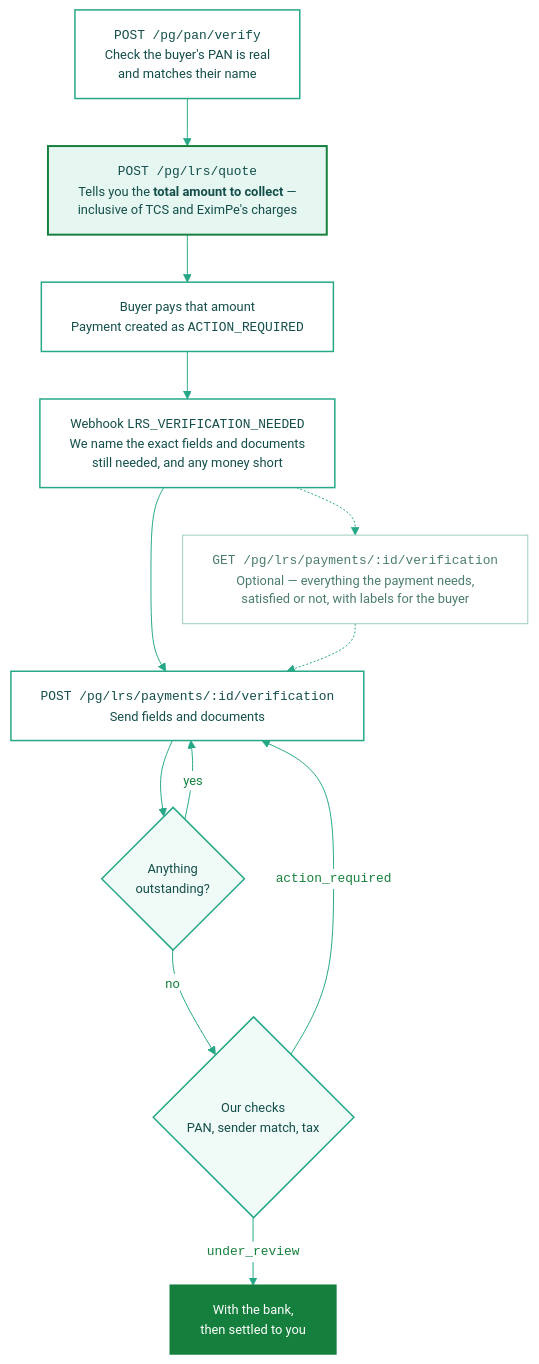
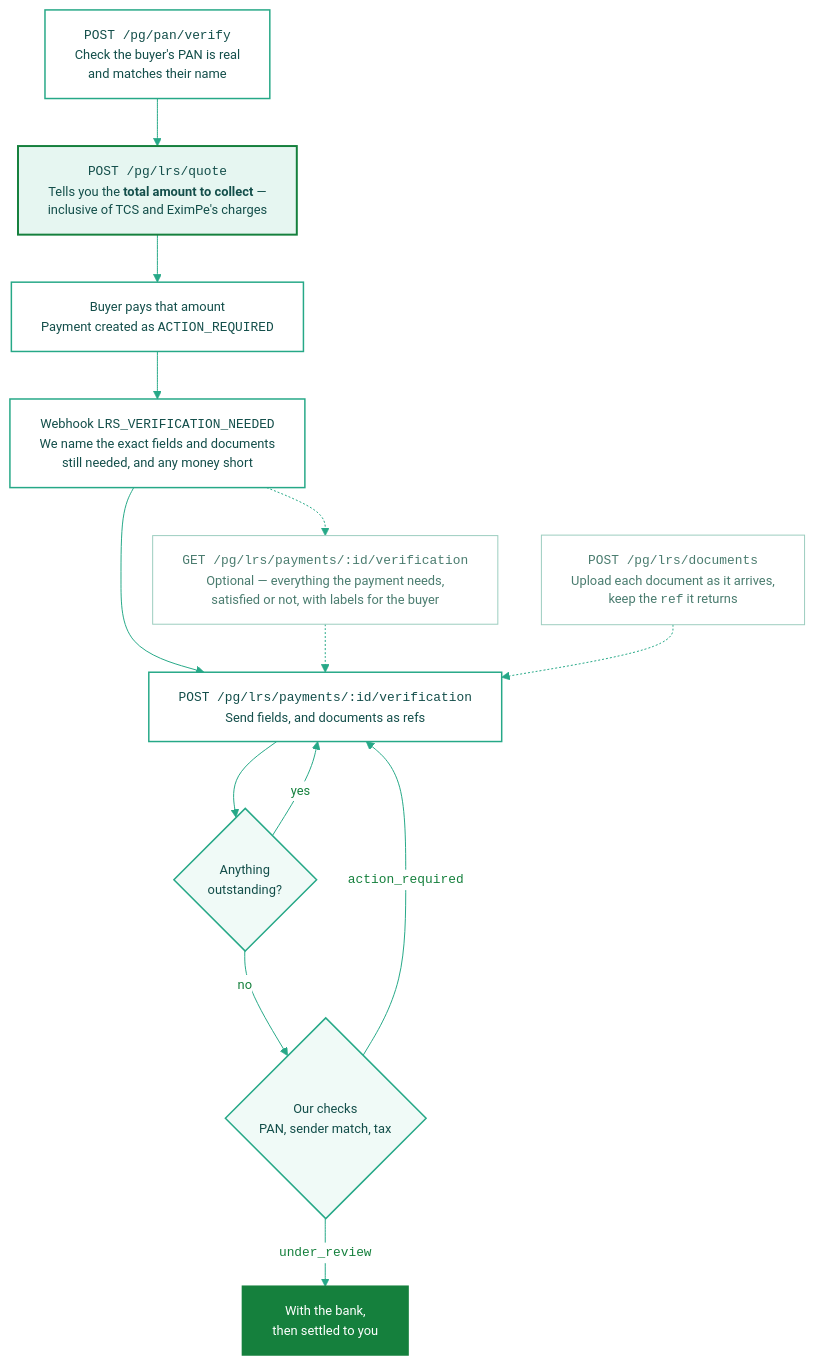
One commit to akhil-kumar-mg-mint/docs changed the diagram in integration-guide/v3/web-integration/lrs-verification.mdx. Above: the diagram before and after it, drawn with Mermaid. The commit also changed other lines of this file, not shown here.

First line of the commit message:
docs(v3): submit takes JSON, documents go in as refs

````diff
--- a/integration-guide/v3/web-integration/lrs-verification.mdx
+++ b/integration-guide/v3/web-integration/lrs-verification.mdx
@@ -20,47 +20,49 @@
 ```mermaid
 %%{init: {
   "theme": "base",
   "themeVariables": {
     "fontFamily": "ui-sans-serif, system-ui, -apple-system, sans-serif",
     "fontSize": "13px",
     "primaryColor": "#ffffff",
     "primaryTextColor": "#15803d",
     "primaryBorderColor": "#26a887",
     "lineColor": "#26a887",
     "tertiaryColor": "#ffffff",
     "edgeLabelBackground": "#ffffff"
   },
   "flowchart": { "curve": "basis", "htmlLabels": true, "wrappingWidth": 340, "nodeSpacing": 44, "rankSpacing": 48 }
 }}%%
 flowchart TD
     A["<code>POST /pg/pan/verify</code><br/>Check the buyer's PAN is real<br/>and matches their name"]
     B["<code>POST /pg/lrs/quote</code><br/>Tells you the <b>total amount to collect</b> —<br/>inclusive of TCS and EximPe's charges"]
     C["Buyer pays that amount<br/>Payment created as <code>ACTION_REQUIRED</code>"]
     D["Webhook <code>LRS_VERIFICATION_NEEDED</code><br/>We name the exact fields and documents<br/>still needed, and any money short"]
-    E["<code>POST /pg/lrs/payments/:id/verification</code><br/>Send fields and documents"]
+    E["<code>POST /pg/lrs/payments/:id/verification</code><br/>Send fields, and documents as refs"]
     F{"Anything<br/>outstanding?"}
     G{"Our checks<br/>PAN, sender match, tax"}
     H["With the bank,<br/>then settled to you"]
     X["<code>GET /pg/lrs/payments/:id/verification</code><br/>Optional — everything the payment needs,<br/>satisfied or not, with labels for the buyer"]
+    U["<code>POST /pg/lrs/documents</code><br/>Upload each document as it arrives,<br/>keep the <code>ref</code> it returns"]
 
     A --> B --> C --> D --> E --> F
     F -- "yes" --> E
     F -- "no" --> G
     G -- "<code>action_required</code>" --> E
     G -- "<code>under_review</code>" --> H
     D -.-> X
     X -.-> E
+    U -.-> E
 
     classDef step fill:#ffffff,stroke:#26a887,stroke-width:1.5px,color:#134e4a
     classDef gate fill:#f0faf7,stroke:#26a887,stroke-width:1.5px,color:#134e4a
     classDef emphasis fill:#e6f6f1,stroke:#15803d,stroke-width:2px,color:#134e4a
     classDef done fill:#15803d,stroke:#15803d,stroke-width:2px,color:#ffffff
     classDef aside fill:#ffffff,stroke:#9ccdbf,stroke-width:1px,color:#4a7c6f
 
     class A,C,D,E step
     class B emphasis
     class F,G gate
     class H done
-    class X aside
+    class X,U aside
 
 ```
````
